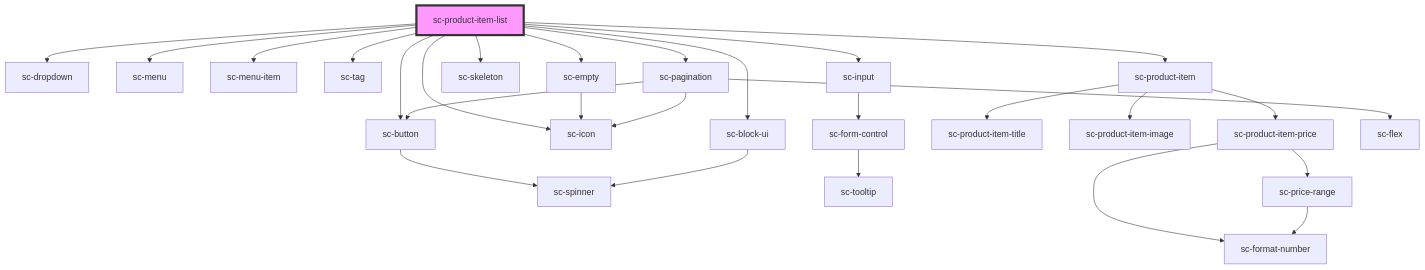
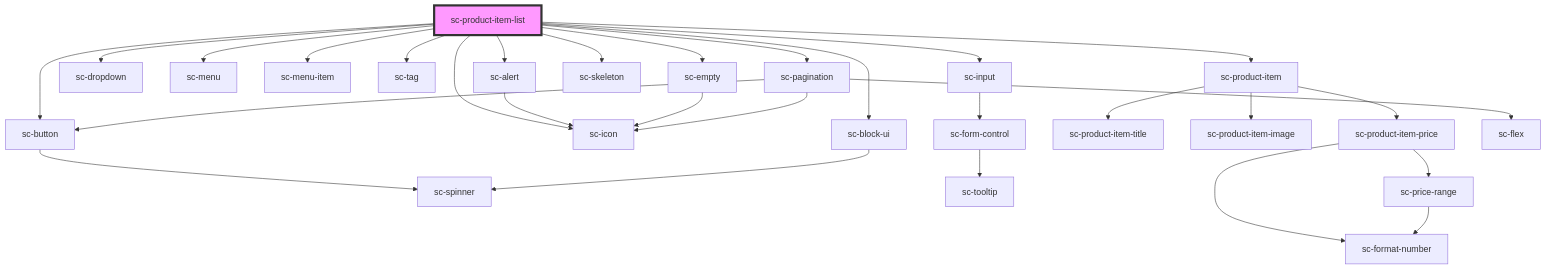
Before and after one commit to surecart/surecart-wp-plugin: the diagram in packages/components/src/components/controllers/products/sc-product-item-list/readme.md, drawn with Mermaid. The commit also changed other lines of this file and 30 other files, not shown here.

````diff
--- a/packages/components/src/components/controllers/products/sc-product-item-list/readme.md
+++ b/packages/components/src/components/controllers/products/sc-product-item-list/readme.md
@@ -43,30 +45,32 @@
 ```mermaid
 graph TD;
+  sc-product-item-list --> sc-alert
   sc-product-item-list --> sc-dropdown
   sc-product-item-list --> sc-button
   sc-product-item-list --> sc-menu
   sc-product-item-list --> sc-menu-item
   sc-product-item-list --> sc-tag
   sc-product-item-list --> sc-input
   sc-product-item-list --> sc-icon
   sc-product-item-list --> sc-empty
   sc-product-item-list --> sc-skeleton
   sc-product-item-list --> sc-product-item
   sc-product-item-list --> sc-pagination
   sc-product-item-list --> sc-block-ui
+  sc-alert --> sc-icon
   sc-button --> sc-spinner
   sc-input --> sc-form-control
   sc-form-control --> sc-tooltip
   sc-empty --> sc-icon
   sc-product-item --> sc-product-item-title
   sc-product-item --> sc-product-item-image
   sc-product-item --> sc-product-item-price
   sc-product-item-price --> sc-format-number
   sc-product-item-price --> sc-price-range
   sc-price-range --> sc-format-number
   sc-pagination --> sc-flex
   sc-pagination --> sc-button
   sc-pagination --> sc-icon
   sc-block-ui --> sc-spinner
   style sc-product-item-list fill:#f9f,stroke:#333,stroke-width:4px
 ```
````
